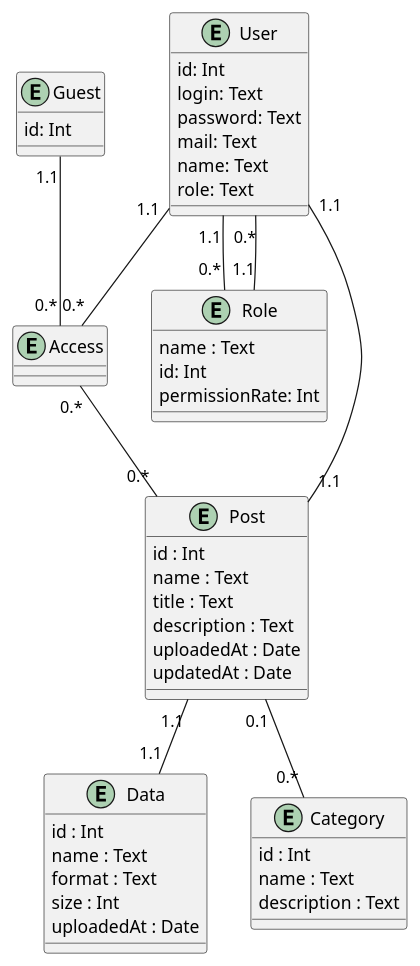
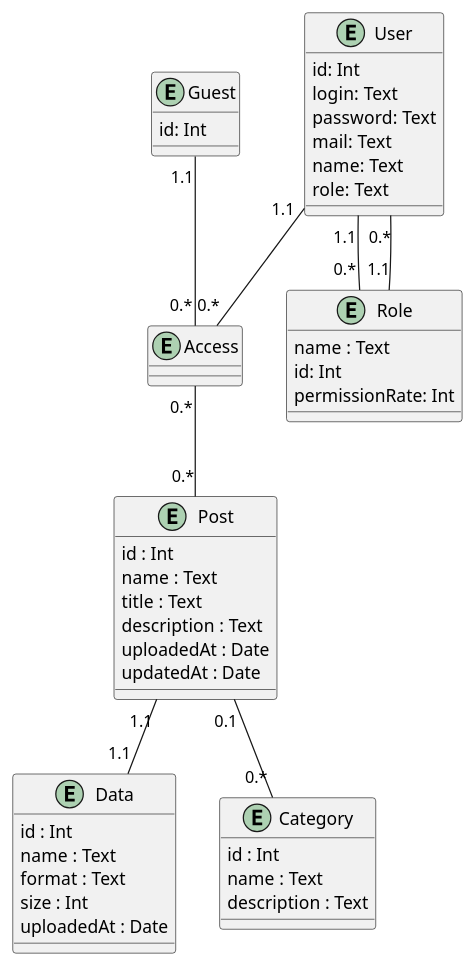
Before and after one commit to notnuff/edu_db_labs-IM-21: the second of 2 diagrams in docs/design/README.md, drawn with PlantUML. The commit also changed other lines of this file, not shown here.

```diff
--- a/docs/design/README.md
+++ b/docs/design/README.md
@@ -51,57 +111,56 @@
 @startuml
 
 entity "User" {
   id: Int
   login: Text
   password: Text
   mail: Text
   name: Text
   role: Text
 }
 
 entity "Access" {
 }
 
 entity "Guest" {
   id: Int
 }
 
 entity "Role" {
   name : Text
   id: Int
   permissionRate: Int
 }
 
 entity "Post" {
   id : Int
   name : Text
   title : Text
   description : Text
   uploadedAt : Date
   updatedAt : Date
 }
 
 entity "Data" {
   id : Int
   name : Text
   format : Text
   size : Int
   uploadedAt : Date
 }
 
 entity "Category" {
   id : Int
   name : Text
   description : Text
 }
 
 User "1.1" -- "0.*" Access
 User "1.1" -- "0.*" Role
-User "1.1" -- "1.1" Post
 Access "0.*" -- "0.*" Post
 Role "1.1" -- "0.*" User
 Guest "1.1" -- "0.*" Access
 Post "0.1" -- "0.*" Category
 Post "1.1" -- "1.1" Data
 
 @enduml
```
